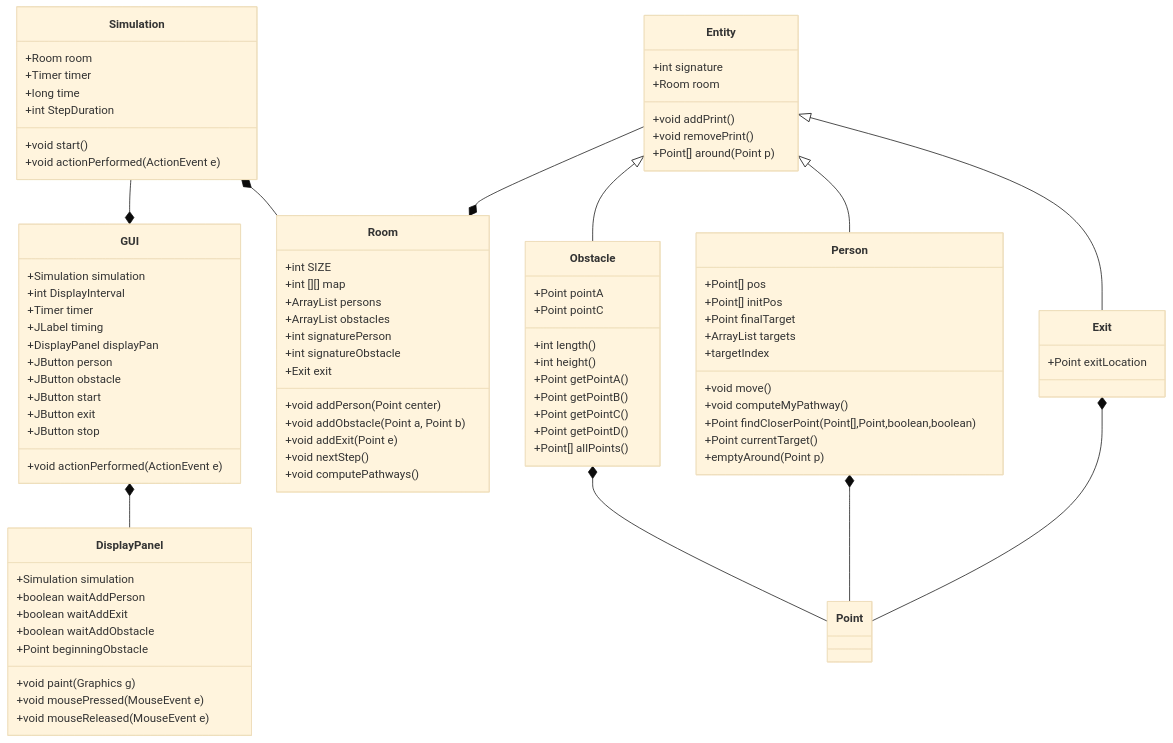
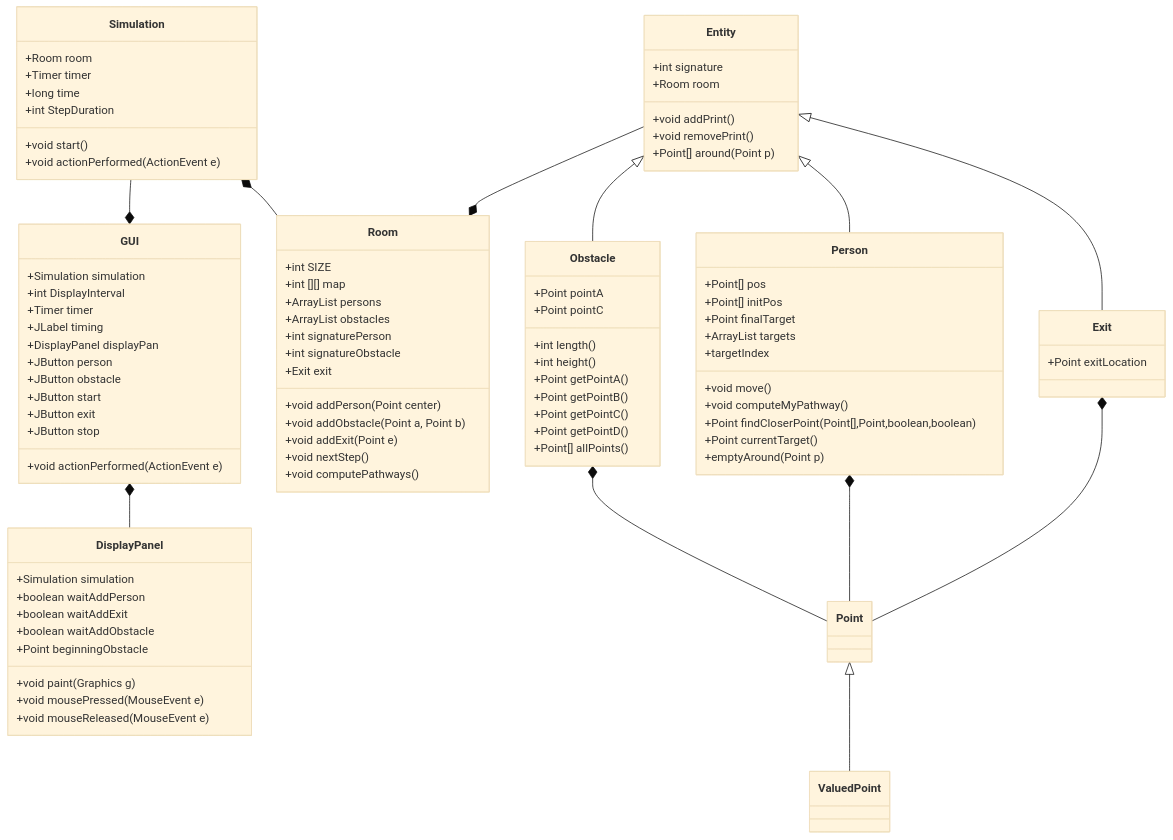
The diagram in Report.md (TimotheeMB/ProjectS4), drawn with Mermaid (base theme) before and after one commit. The commit also changed 5 other files, not shown here.

````diff
--- a/Report.md
+++ b/Report.md
@@ -25,76 +25,77 @@
 ```mermaid
 classDiagram
 Simulation --* GUI
 GUI: +Simulation simulation
 GUI: +int DisplayInterval
 GUI: +Timer timer
 GUI: +JLabel timing
 GUI: +DisplayPanel displayPan
 GUI: +JButton person
 GUI: +JButton obstacle
 GUI: +JButton start
 GUI: +JButton exit
 GUI: +JButton stop
 GUI: +void actionPerformed(ActionEvent e)
 GUI *-- DisplayPanel
 DisplayPanel: +Simulation simulation
 DisplayPanel: +boolean waitAddPerson
 DisplayPanel: +boolean waitAddExit
 DisplayPanel: +boolean waitAddObstacle
 DisplayPanel: +Point beginningObstacle
 DisplayPanel: +void paint(Graphics g)
 DisplayPanel: +void mousePressed(MouseEvent e)
 DisplayPanel: +void mouseReleased(MouseEvent e)
 Simulation *-- Room
 Simulation: +Room room
 Simulation: +Timer timer
 Simulation: +long time
 Simulation: +int StepDuration
 Simulation: +void start()
 Simulation: +void actionPerformed(ActionEvent e)
 Entity -- *Room
 Room: +int SIZE
 Room: +int [][] map
 Room: +ArrayList<Person> persons
 Room: +ArrayList<Obstacle> obstacles
 Room: +int signaturePerson
 Room: +int signatureObstacle
 Room: +Exit exit
 Room: +void addPerson(Point center)
 Room: +void addObstacle(Point a, Point b)
 Room: +void addExit(Point e)
 Room: +void nextStep()
 Room: +void computePathways()
 Entity: +int signature
 Entity: +Room room
 Entity: +void addPrint()
 Entity: +void removePrint()
 Entity: +Point[] around(Point p)
 Entity <|-- Exit
 Exit: +Point exitLocation
 Entity <|-- Person
 Person: +Point[] pos
 Person: +Point[] initPos
 Person: +Point finalTarget
 Person: +ArrayList<Point> targets
 Person: +targetIndex
 Person: +void move()
 Person: +void computeMyPathway()
 Person: +Point findCloserPoint(Point[],Point,boolean,boolean)
 Person: +Point currentTarget()
 Person: +emptyAround(Point p)
 Entity <|-- Obstacle
 Obstacle: +Point pointA
 Obstacle: +Point pointC
 Obstacle: +int length()
 Obstacle: +int height()
 Obstacle: +Point getPointA()
 Obstacle: +Point getPointB()
 Obstacle: +Point getPointC()
 Obstacle: +Point getPointD()
 Obstacle: +Point[] allPoints()
 
 Obstacle *-- Point
 Person *-- Point
 Exit *-- Point
+Point<|--ValuedPoint
 ```
````
